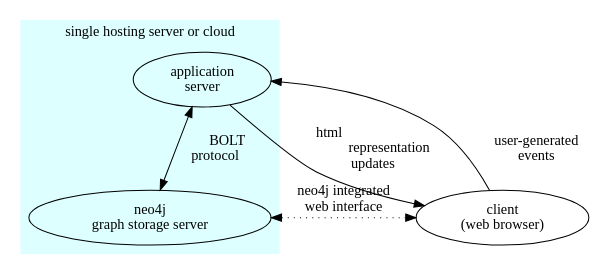
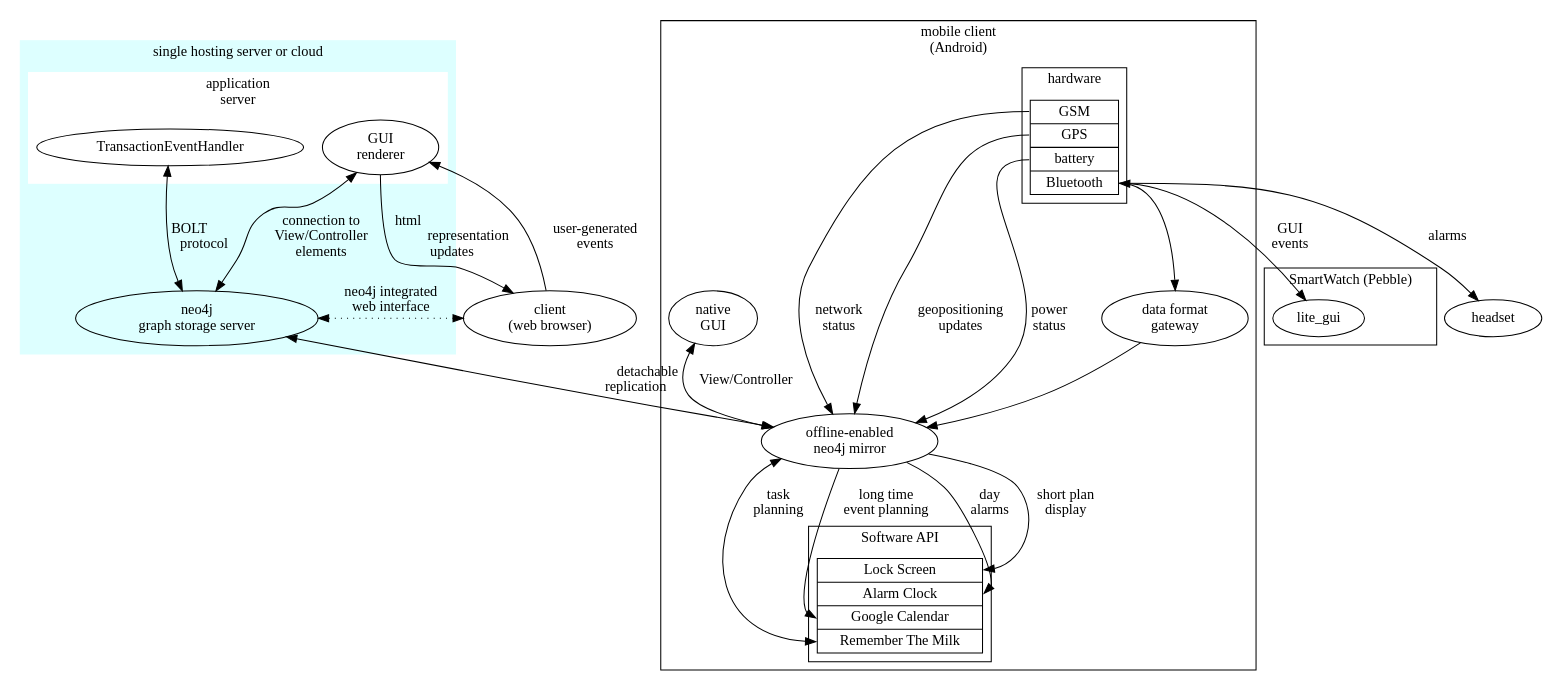
Before and after one commit to ponyatov/HGE: the diagram in doc/architecture.dot, drawn with Graphviz. The commit also changed 1 other file, not shown here.

Commit message:
+ arch: mobile app

```diff
--- a/doc/architecture.dot
+++ b/doc/architecture.dot
@@ -1,14 +1,66 @@
 digraph architecture {
+
 subgraph cluster_hosting {
 label = "single hosting server or cloud";
 color="#DDFFFF"; style=filled;
-app [label="application\nserver"];
-neo4j [label="neo4j\ngraph storage server"];
-app -> neo4j [dir=both,label=" BOLT\rprotocol"];
+//node [style=filled;color=white];
+
+	subgraph cluster_app {
+		style=filled; color=white;
+		label="application\nserver";
+		rankdir=TD;
+		GUI_renderer [label="GUI\nrenderer"];
+		TransactionEventHandler;
+};
+
+neo4j -> GUI_renderer [dir=both,label="connection to\nView/Controller\nelements"];
+neo4j [label="neo4j\ngraph storage server",fillcolor=white];
+TransactionEventHandler -> neo4j [dir=both,label=" BOLT\l protocol"];
 }
+
 client [label="client\n(web browser)"];
-client -> app [label=" user-generated\n events"];
-app -> client [label=" html\l representation\rupdates"]; 
+client -> GUI_renderer [label=" user-generated\n events"];
+GUI_renderer -> client [label=" html\l representation\rupdates"]; 
 neo4j -> client [style=dotted,dir=both,label=" neo4j integrated\nweb interface"];
 
+
+subgraph cluster_mobile {label="mobile client\n(Android)"
+offline [label="offline-enabled\nneo4j mirror"];
+native_GUI [label="native\nGUI"];
+native_GUI -> offline [dir=both,label="View/Controller"];
+
+subgraph cluster_api {
+	label="Software API";
+	node[shape=record];
+	api [label="{<lock> Lock Screen|<alarm> Alarm Clock|<cal> Google Calendar|<rtm> Remember The Milk}"];
+//	api:rtm -> api:lock [label="active\ntasks"];
 }
+	offline -> api:rtm [dir=both,label="task\nplanning"];
+	offline -> api:cal [label="long time\nevent planning"];
+	offline -> api:alarm [label="day\nalarms"];
+	offline -> api:lock [label="short plan\ndisplay"];
+
+subgraph cluster_hw {
+    node [shape=record];
+    label = "hardware"
+    hw [label="{<gsm> GSM|<gps> GPS|<bat> battery|<bt> Bluetooth}"];
+    }
+    hw:gsm -> offline [label="network\nstatus"];
+    hw:gps -> offline [label="geopositioning\nupdates"];
+    hw:bat -> offline [label="power\nstatus"];
+hw:bt -> gateway -> offline;
+gateway [label="data format\ngateway"];
+
+};
+neo4j -> offline [dir=both,label=" detachable\r replication"];
+
+hw:bt->lite_gui [dir=both,label="GUI\nevents"];
+hw:bt->headset [label="alarms"];
+
+subgraph cluster_watch {
+label="SmartWatch (Pebble)";
+lite_gui;
+
+}
+
+}
```
